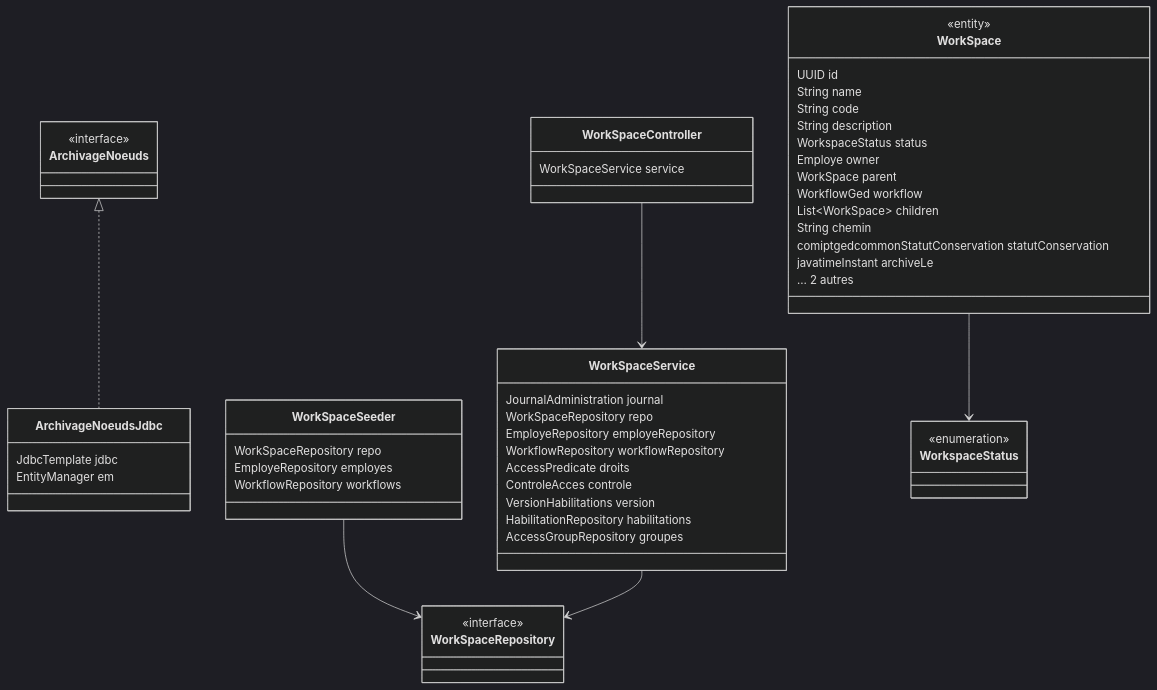
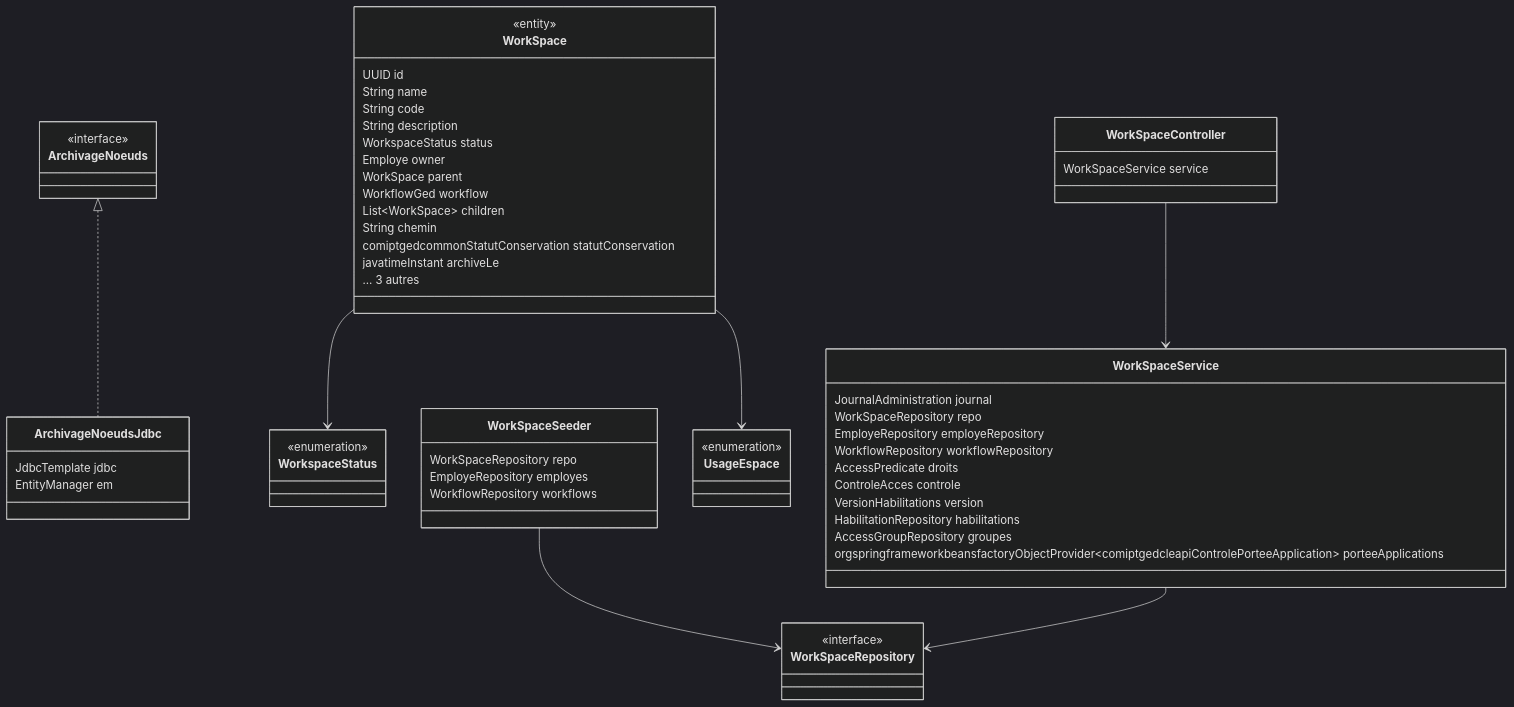
Before and after one commit to abddou2000/GED: the fifth of 23 diagrams in docs/modelisation/CLASSES.md, drawn with Mermaid (dark theme). The commit also changed other lines of this file and 2 other files, not shown here.

Commit message:
Régénérer le schéma et les diagrammes de classes après fusion, reporter les correctifs de la vague 5 dans le suivi

````diff
--- a/docs/modelisation/CLASSES.md
+++ b/docs/modelisation/CLASSES.md
@@ -547,56 +544,61 @@
 ```mermaid
 classDiagram
   class ArchivageNoeuds {
     <<interface>>
   }
   class ArchivageNoeudsJdbc {
     JdbcTemplate jdbc
     EntityManager em
+  }
+  class UsageEspace {
+    <<enumeration>>
   }
   class WorkSpace {
     <<entity>>
     UUID id
     String name
     String code
     String description
     WorkspaceStatus status
     Employe owner
     WorkSpace parent
     WorkflowGed workflow
     List~WorkSpace~ children
     String chemin
     comiptgedcommonStatutConservation statutConservation
     javatimeInstant archiveLe
-    … 2 autres
+    … 3 autres
   }
   class WorkSpaceController {
     WorkSpaceService service
   }
   class WorkSpaceRepository {
     <<interface>>
   }
   class WorkSpaceSeeder {
     WorkSpaceRepository repo
     EmployeRepository employes
     WorkflowRepository workflows
   }
   class WorkSpaceService {
     JournalAdministration journal
     WorkSpaceRepository repo
     EmployeRepository employeRepository
     WorkflowRepository workflowRepository
     AccessPredicate droits
     ControleAcces controle
     VersionHabilitations version
     HabilitationRepository habilitations
     AccessGroupRepository groupes
+    orgspringframeworkbeansfactoryObjectProvider~comiptgedcleapiControlePorteeApplication~ porteeApplications
   }
   class WorkspaceStatus {
     <<enumeration>>
   }
   ArchivageNoeuds <|.. ArchivageNoeudsJdbc
   WorkSpace --> WorkspaceStatus
+  WorkSpace --> UsageEspace
   WorkSpaceController --> WorkSpaceService
   WorkSpaceSeeder --> WorkSpaceRepository
   WorkSpaceService --> WorkSpaceRepository
 ```
````
